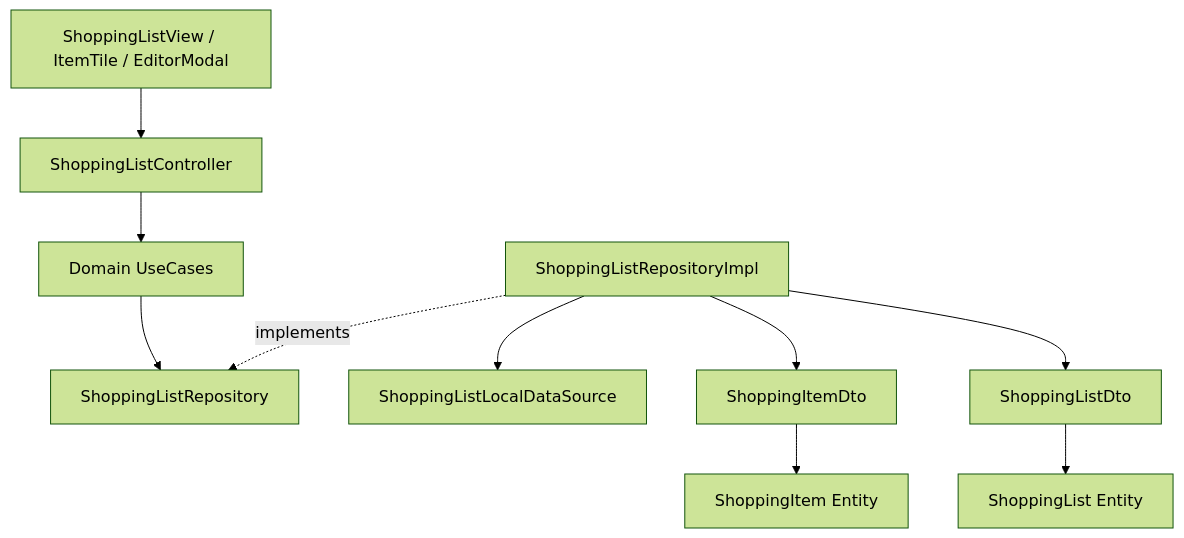
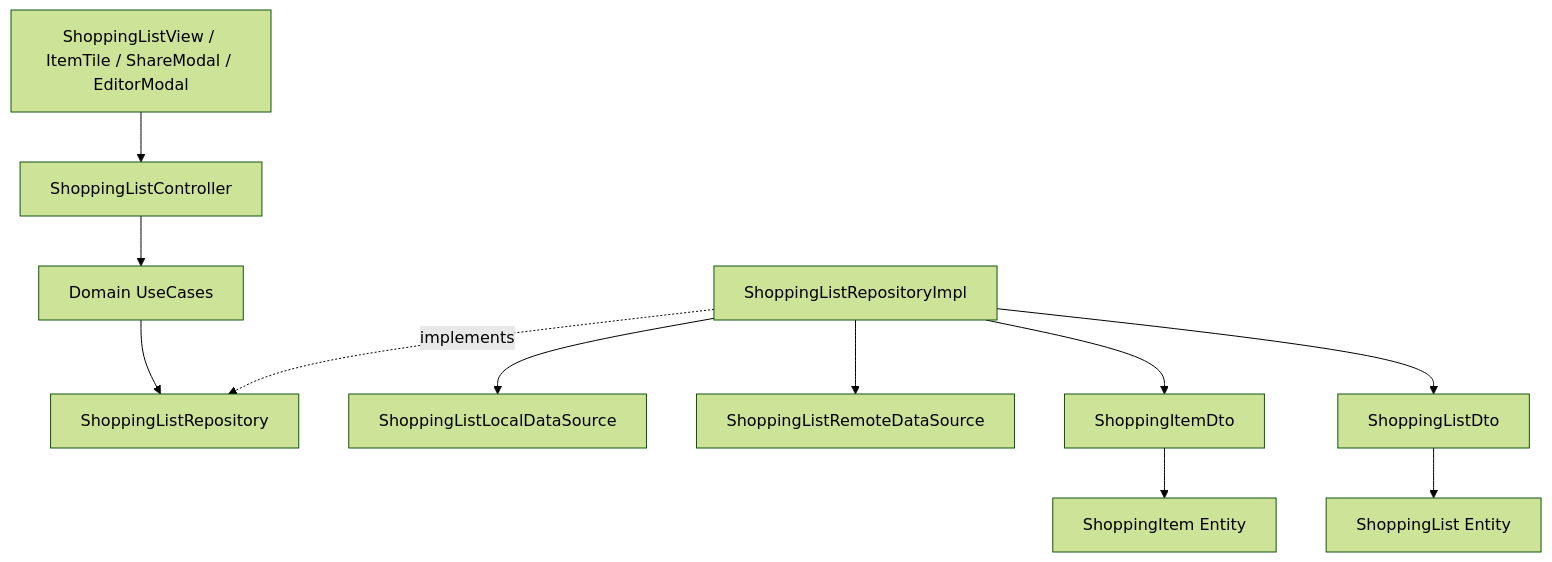
The diagram in docs/shopping_list.md (guyc2/ShoppingExplore), drawn with Mermaid (forest theme) before and after one commit. The commit also changed other lines of this file and 28 other files, not shown here.

````diff
--- a/docs/shopping_list.md
+++ b/docs/shopping_list.md
@@ -27,12 +29,13 @@
 ```mermaid
 flowchart TD
-    UI[ShoppingListView / ItemTile / EditorModal] --> Controller[ShoppingListController]
+    UI[ShoppingListView / ItemTile / ShareModal / EditorModal] --> Controller[ShoppingListController]
     Controller --> UseCases[Domain UseCases]
     UseCases --> RepoInterface[ShoppingListRepository]
     RepoImpl[ShoppingListRepositoryImpl] -. implements .-> RepoInterface
     RepoImpl --> LocalDS[ShoppingListLocalDataSource]
+    RepoImpl --> RemoteDS[ShoppingListRemoteDataSource]
     RepoImpl --> ItemDto[ShoppingItemDto]
     ItemDto --> ItemEntity[ShoppingItem Entity]
     RepoImpl --> ListDto[ShoppingListDto]
     ListDto --> ListEntity[ShoppingList Entity]
 ```
````
